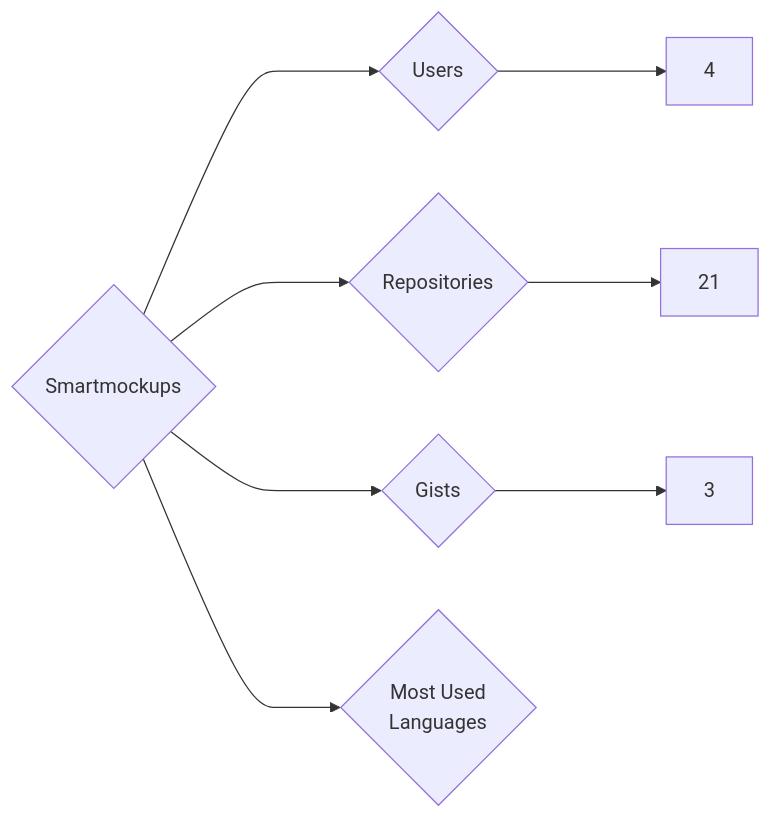
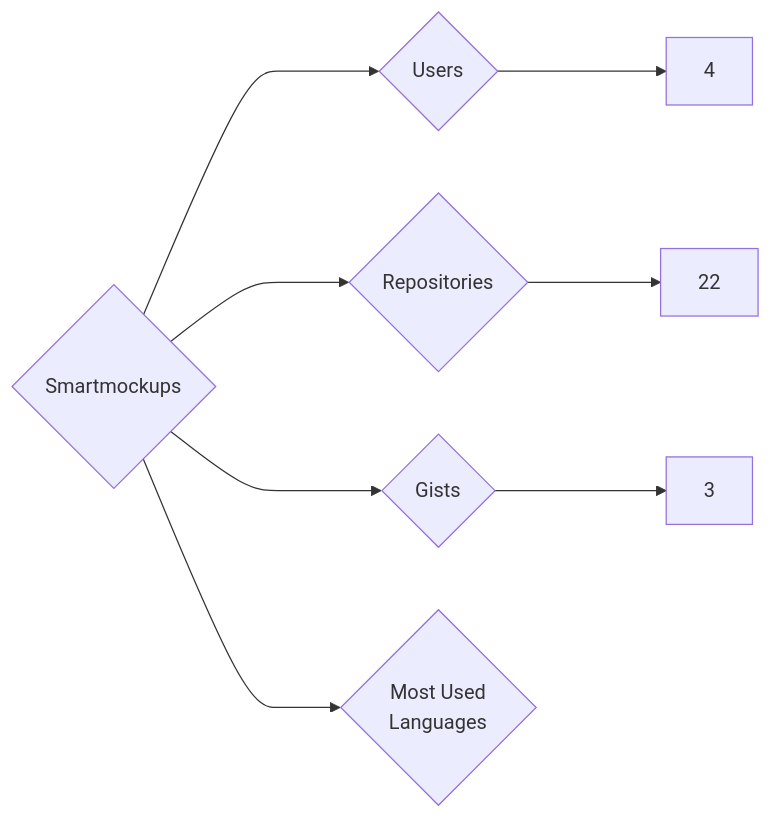
Before and after one commit to nenadzaric/insiders: the diagram in targets/Smartmockups/README.md, drawn with Mermaid. The commit also changed 1342 other files, not shown here.

````diff
--- a/targets/Smartmockups/README.md
+++ b/targets/Smartmockups/README.md
@@ -3,8 +3,8 @@
 ```mermaid
 graph LR
 COMPANY_NAME{Smartmockups}
 COMPANY_NAME ---> U{Users} ---> UN[4]
-COMPANY_NAME ---> R{Repositories} ---> RN[21]
+COMPANY_NAME ---> R{Repositories} ---> RN[22]
 COMPANY_NAME ---> G{Gists} ---> GN[3]
 COMPANY_NAME ---> ML{Most Used<br>Languages}
 ```
````
